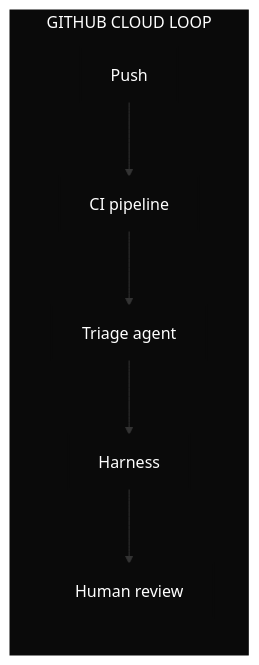
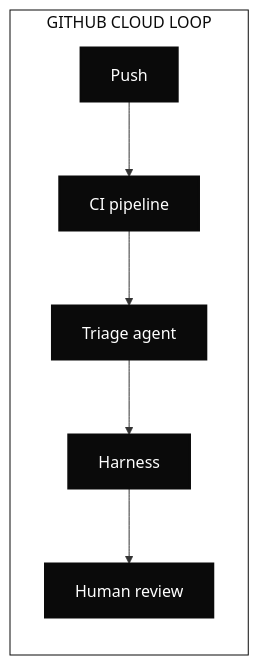
One commit to arifbazli/shift-left-cloud-sandbox changed the diagram in docs/diagrams/github-loop.mmd. Above: the diagram before and after it, drawn with Mermaid. The commit also changed 7 other files, not shown here.

First line of the commit message:
fix(diagrams): remove black cluster backgrounds, keep white boxes

```diff
--- a/docs/diagrams/github-loop.mmd
+++ b/docs/diagrams/github-loop.mmd
@@ -1,15 +1,17 @@
 flowchart LR
     subgraph GH["GITHUB CLOUD LOOP"]
         direction TB
         PUSH["Push"]
         CI["CI pipeline"]
         TRI["Triage agent"]
         PI["Harness"]
         HR["Human review"]
         PUSH --> CI --> TRI --> PI --> HR
     end
 
-    classDef section fill:#0a0a0a,stroke:#0a0a0a,color:#ffffff,stroke-width:1px
+    %% Cluster background: white with thin black border.
+    classDef section fill:#ffffff,stroke:#0a0a0a,color:#0a0a0a,stroke-width:1px
     classDef black fill:#0a0a0a,stroke:#0a0a0a,color:#ffffff,stroke-width:2px
+
     class GH section
     class PUSH,CI,TRI,PI,HR black
```
